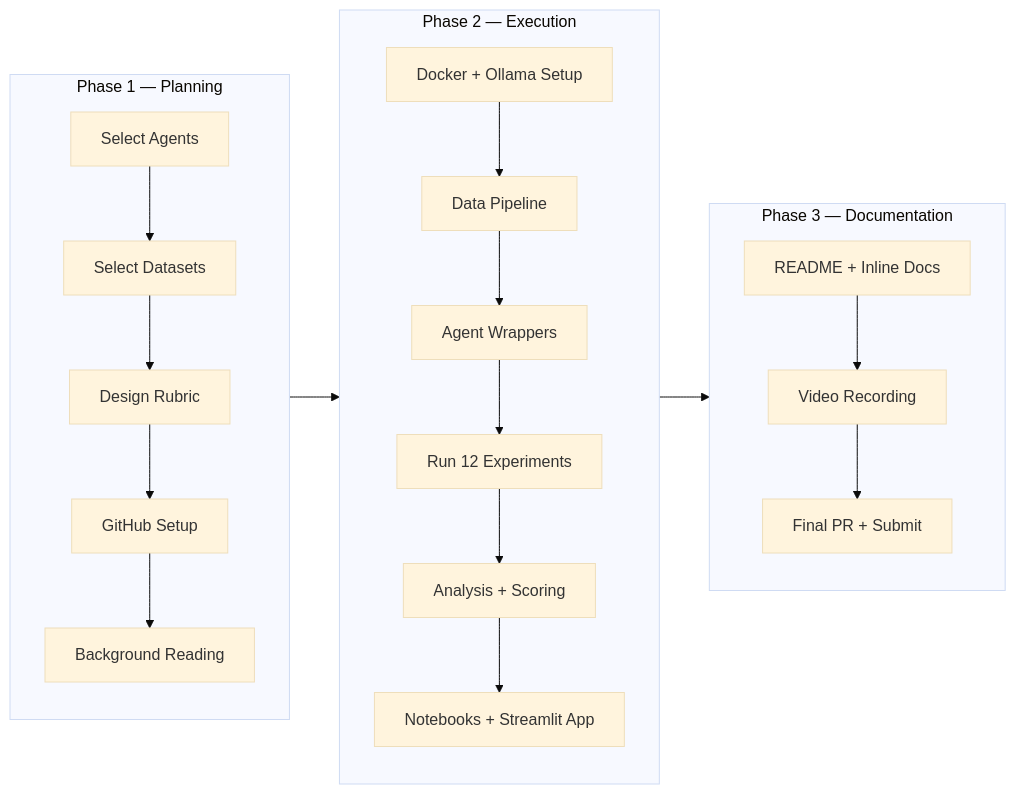
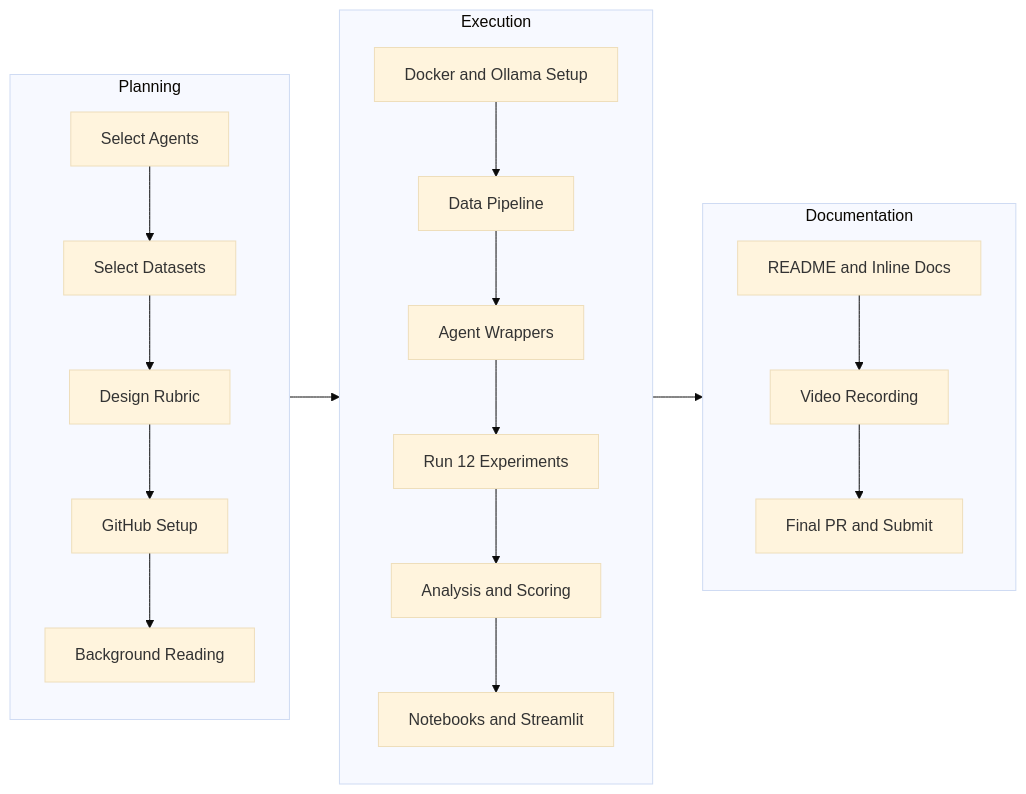
Before and after one commit to Akhil-Kambhatla/comparison-of-DS-Agents: the second of 7 diagrams in README.md, drawn with Mermaid (base theme). The commit also changed other lines of this file, not shown here.

````diff
--- a/README.md
+++ b/README.md
@@ -473,21 +572,21 @@
 ```mermaid
 flowchart LR
-    subgraph Planning["Phase 1 — Planning"]
+    subgraph Planning
         P1[Select Agents] --> P2[Select Datasets]
         P2 --> P3[Design Rubric]
         P3 --> P4[GitHub Setup]
         P4 --> P5[Background Reading]
     end
-    subgraph Execution["Phase 2 — Execution"]
-        E1[Docker + Ollama Setup] --> E2[Data Pipeline]
+    subgraph Execution
+        E1[Docker and Ollama Setup] --> E2[Data Pipeline]
         E2 --> E3[Agent Wrappers]
         E3 --> E4[Run 12 Experiments]
-        E4 --> E5[Analysis + Scoring]
-        E5 --> E6[Notebooks + Streamlit App]
+        E4 --> E5[Analysis and Scoring]
+        E5 --> E6[Notebooks and Streamlit]
     end
-    subgraph Documentation["Phase 3 — Documentation"]
-        D1[README + Inline Docs] --> D2[Video Recording]
-        D2 --> D3[Final PR + Submit]
+    subgraph Documentation
+        D1[README and Inline Docs] --> D2[Video Recording]
+        D2 --> D3[Final PR and Submit]
     end
     Planning --> Execution --> Documentation
 ```
````
